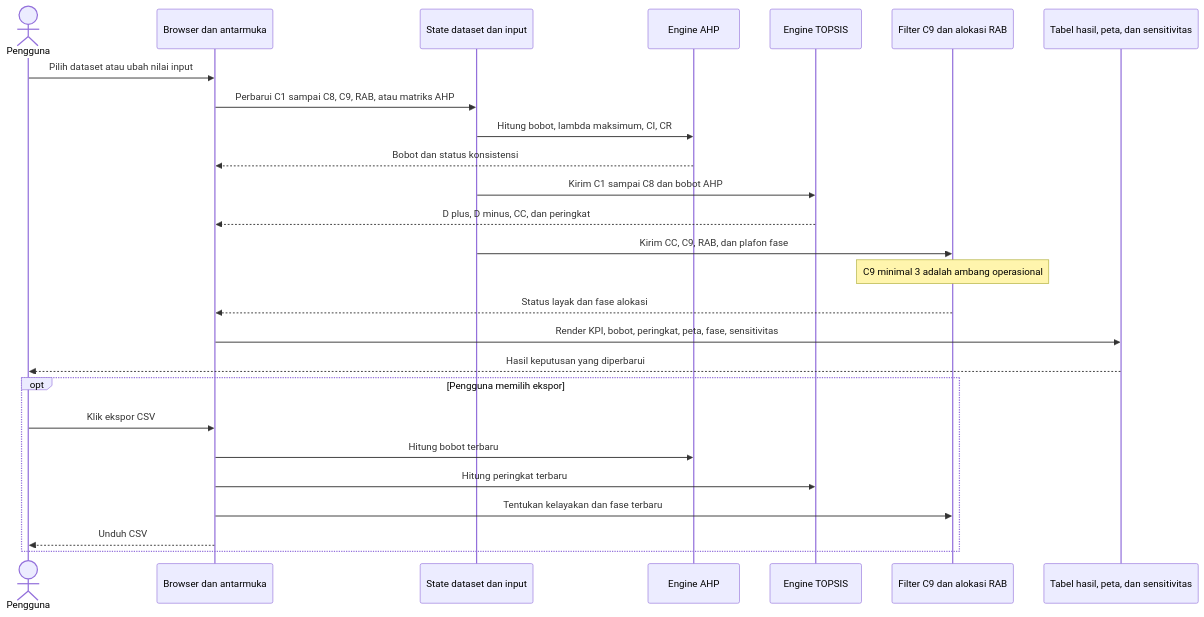
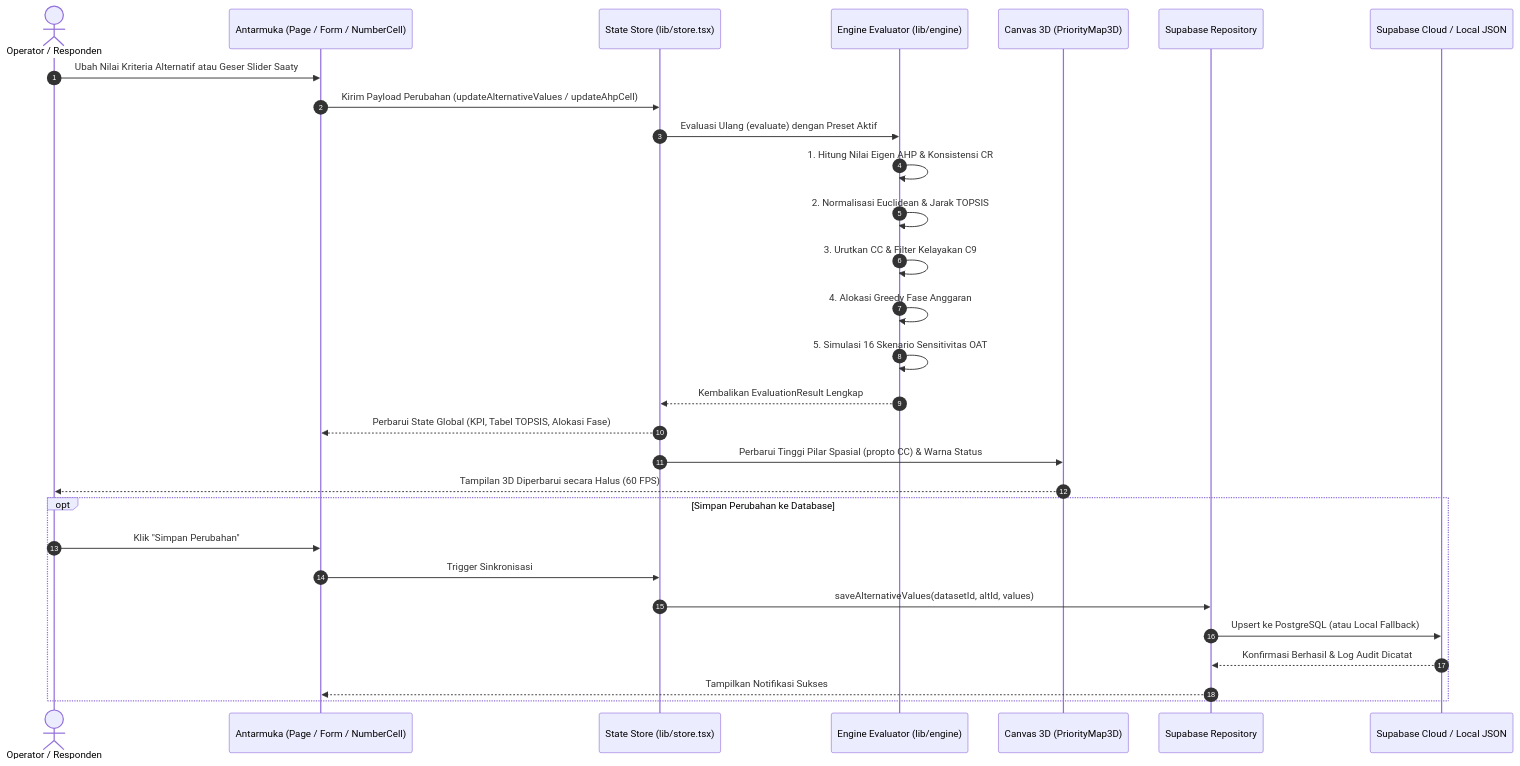
Before and after one commit to Faruuuqqq/dss-hebat: the fourth of 4 diagrams in 08-docs/uml.md, drawn with Mermaid. The commit also changed other lines of this file and 4 other files, not shown here.

Commit message:
docs(se): update 08-docs UML, SE index, mockup, and data sources

````diff
--- a/08-docs/uml.md
+++ b/08-docs/uml.md
@@ -108,30 +169,33 @@
 ```mermaid
 sequenceDiagram
-    actor User as Pengguna
-    participant UI as Browser dan antarmuka
-    participant State as State dataset dan input
-    participant AHP as Engine AHP
-    participant TOPSIS as Engine TOPSIS
-    participant Alloc as Filter C9 dan alokasi RAB
-    participant View as Tabel hasil, peta, dan sensitivitas
+    autonumber
+    actor User as Operator / Responden
+    participant UI as Antarmuka (Page / Form / NumberCell)
+    participant Store as State Store (lib/store.tsx)
+    participant Engine as Engine Evaluator (lib/engine)
+    participant Map3D as Canvas 3D (PriorityMap3D)
+    participant Repo as Supabase Repository
+    participant Storage as Supabase Cloud / Local JSON
 
-    User->>UI: Pilih dataset atau ubah nilai input
-    UI->>State: Perbarui C1 sampai C8, C9, RAB, atau matriks AHP
-    State->>AHP: Hitung bobot, lambda maksimum, CI, CR
-    AHP-->>UI: Bobot dan status konsistensi
-    State->>TOPSIS: Kirim C1 sampai C8 dan bobot AHP
-    TOPSIS-->>UI: D plus, D minus, CC, dan peringkat
-    State->>Alloc: Kirim CC, C9, RAB, dan plafon fase
-    Note over Alloc: C9 minimal 3 adalah ambang operasional
-    Alloc-->>UI: Status layak dan fase alokasi
-    UI->>View: Render KPI, bobot, peringkat, peta, fase, sensitivitas
-    View-->>User: Hasil keputusan yang diperbarui
+    User->>UI: Ubah Nilai Kriteria Alternatif atau Geser Slider Saaty
+    UI->>Store: Kirim Payload Perubahan (updateAlternativeValues / updateAhpCell)
+    Store->>Engine: Evaluasi Ulang (evaluate) dengan Preset Aktif
+    Engine->>Engine: 1. Hitung Nilai Eigen AHP & Konsistensi CR
+    Engine->>Engine: 2. Normalisasi Euclidean & Jarak TOPSIS
+    Engine->>Engine: 3. Urutkan CC & Filter Kelayakan C9
+    Engine->>Engine: 4. Alokasi Greedy Fase Anggaran
+    Engine->>Engine: 5. Simulasi 16 Skenario Sensitivitas OAT
+    Engine-->>Store: Kembalikan EvaluationResult Lengkap
+    Store-->>UI: Perbarui State Global (KPI, Tabel TOPSIS, Alokasi Fase)
+    Store->>Map3D: Perbarui Tinggi Pilar Spasial (propto CC) & Warna Status
+    Map3D-->>User: Tampilan 3D Diperbarui secara Halus (60 FPS)
 
-    opt Pengguna memilih ekspor
-        User->>UI: Klik ekspor CSV
-        UI->>AHP: Hitung bobot terbaru
-        UI->>TOPSIS: Hitung peringkat terbaru
-        UI->>Alloc: Tentukan kelayakan dan fase terbaru
-        UI-->>User: Unduh CSV
+    opt Simpan Perubahan ke Database
+        User->>UI: Klik "Simpan Perubahan"
+        UI->>Store: Trigger Sinkronisasi
+        Store->>Repo: saveAlternativeValues(datasetId, altId, values)
+        Repo->>Storage: Upsert ke PostgreSQL (atau Local Fallback)
+        Storage-->>Repo: Konfirmasi Berhasil & Log Audit Dicatat
+        Repo-->>UI: Tampilkan Notifikasi Sukses
     end
 ```
````
